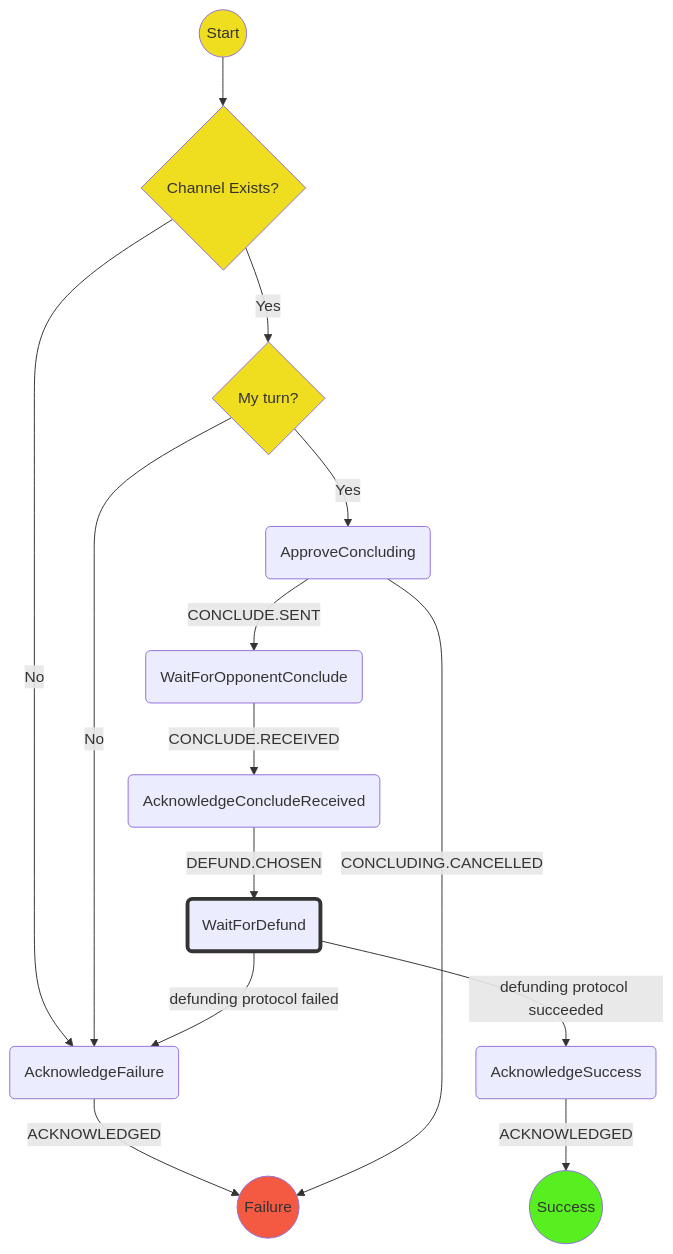
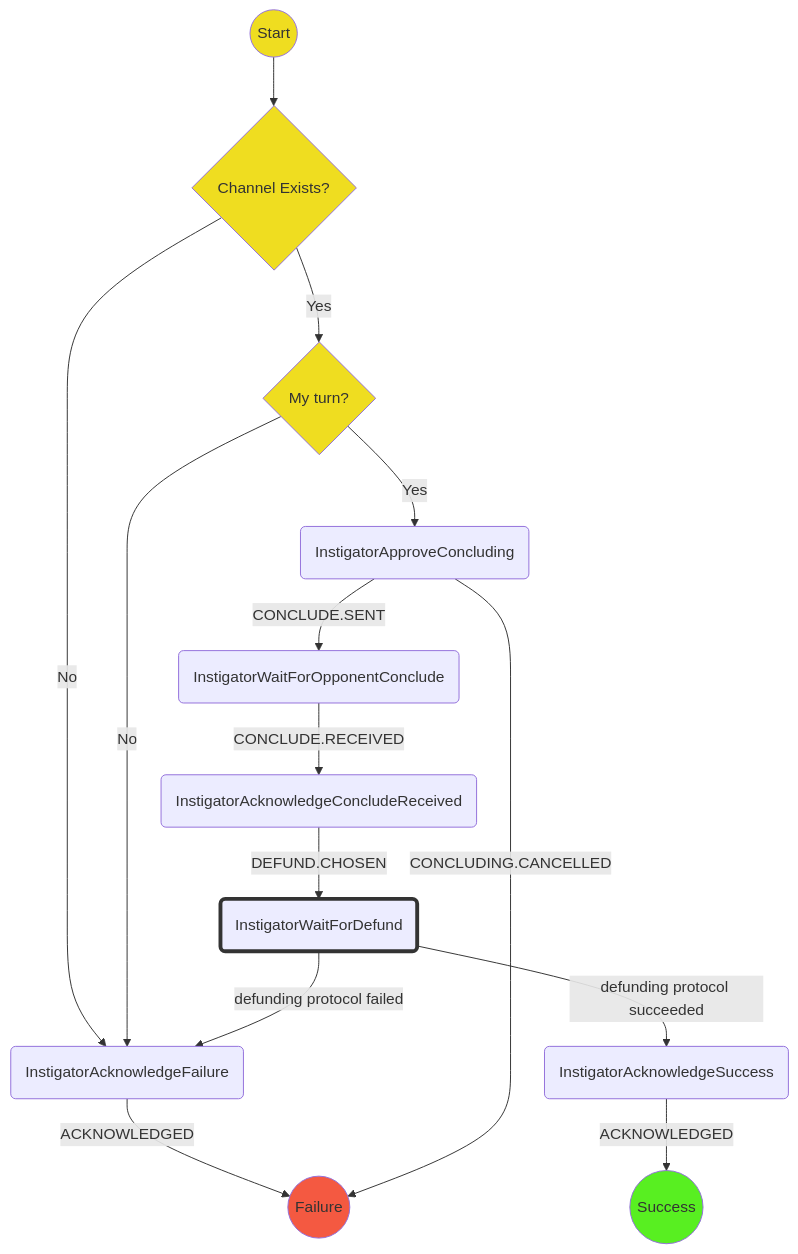
Before and after one commit to statechannels/statechannels: the diagram in packages/rps/packages/wallet/src/redux/protocols/concluding/instigator/readme.md, drawn with Mermaid. The commit also changed other lines of this file and 76 other files, not shown here.

````diff
--- a/packages/rps/packages/wallet/src/redux/protocols/concluding/instigator/readme.md
+++ b/packages/rps/packages/wallet/src/redux/protocols/concluding/instigator/readme.md
@@ -21,22 +21,22 @@
 ```mermaid
 graph TD
   S((Start)) --> E{Channel Exists?}
-  E --> |No| AF(AcknowledgeFailure)
+  E --> |No| AF(InstigatorAcknowledgeFailure)
   AF -->|ACKNOWLEDGED| F((Failure))
   E --> |Yes| MT{My turn?}
-  MT  --> |Yes| CC(ApproveConcluding)
-  MT  --> |No| AF(AcknowledgeFailure)
+  MT  --> |Yes| CC(InstigatorApproveConcluding)
+  MT  --> |No| AF(InstigatorAcknowledgeFailure)
   CC  --> |CONCLUDING.CANCELLED| F
-  CC  --> |CONCLUDE.SENT| WOC(WaitForOpponentConclude)
-  WOC --> |CONCLUDE.RECEIVED| ACR(AcknowledgeConcludeReceived)
-  ACR --> |DEFUND.CHOSEN| D(WaitForDefund)
-  D   --> |defunding protocol succeeded| AS(AcknowledgeSuccess)
+  CC  --> |CONCLUDE.SENT| WOC(InstigatorWaitForOpponentConclude)
+  WOC --> |CONCLUDE.RECEIVED| ACR(InstigatorAcknowledgeConcludeReceived)
+  ACR --> |DEFUND.CHOSEN| D(InstigatorWaitForDefund)
+  D   --> |defunding protocol succeeded| AS(InstigatorAcknowledgeSuccess)
   AS -->  |ACKNOWLEDGED| SS((Success))
-  D   --> |defunding protocol failed| AF(AcknowledgeFailure)
+  D   --> |defunding protocol failed| AF(InstigatorAcknowledgeFailure)
   style S  fill:#efdd20
   style E  fill:#efdd20
   style MT fill:#efdd20
   style SS fill:#58ef21
   style F  fill:#f45941
   style D stroke:#333,stroke-width:4px
 ```
````
